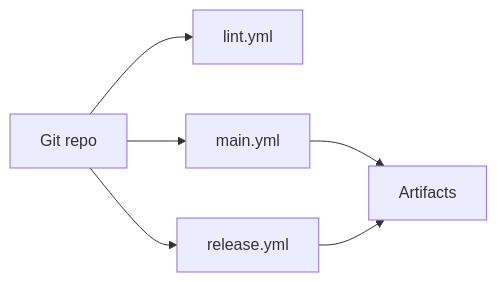
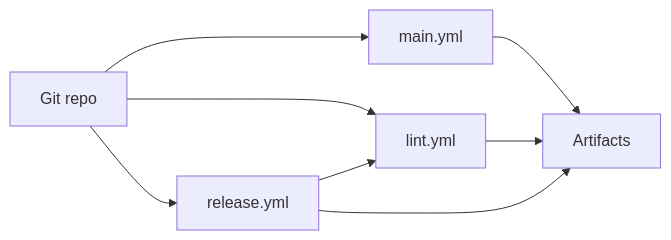
Before and after one commit to stashgg/stash-native: the diagram in docs/maintenance-and-testing.md, drawn with Mermaid. The commit also changed other lines of this file and 6 other files, not shown here.

````diff
--- a/docs/maintenance-and-testing.md
+++ b/docs/maintenance-and-testing.md
@@ -118,14 +146,16 @@
 ```mermaid
 flowchart LR
     Repo[Git repo]
     Lint[lint.yml]
     Build[main.yml]
     Rel[release.yml]
     Out[Artifacts]
 
     Repo --> Lint
     Repo --> Build
     Repo --> Rel
     Build --> Out
+    Rel --> Lint
+    Lint --> Out
     Rel --> Out
 ```
````
